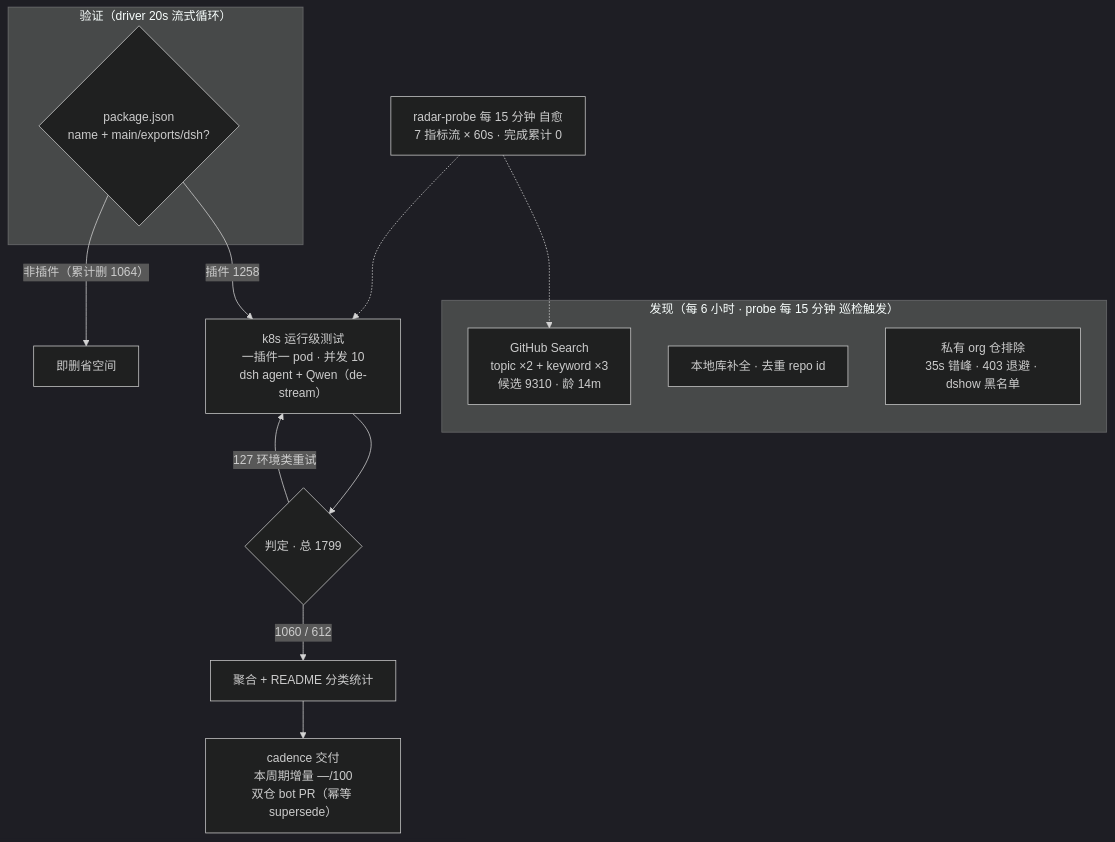
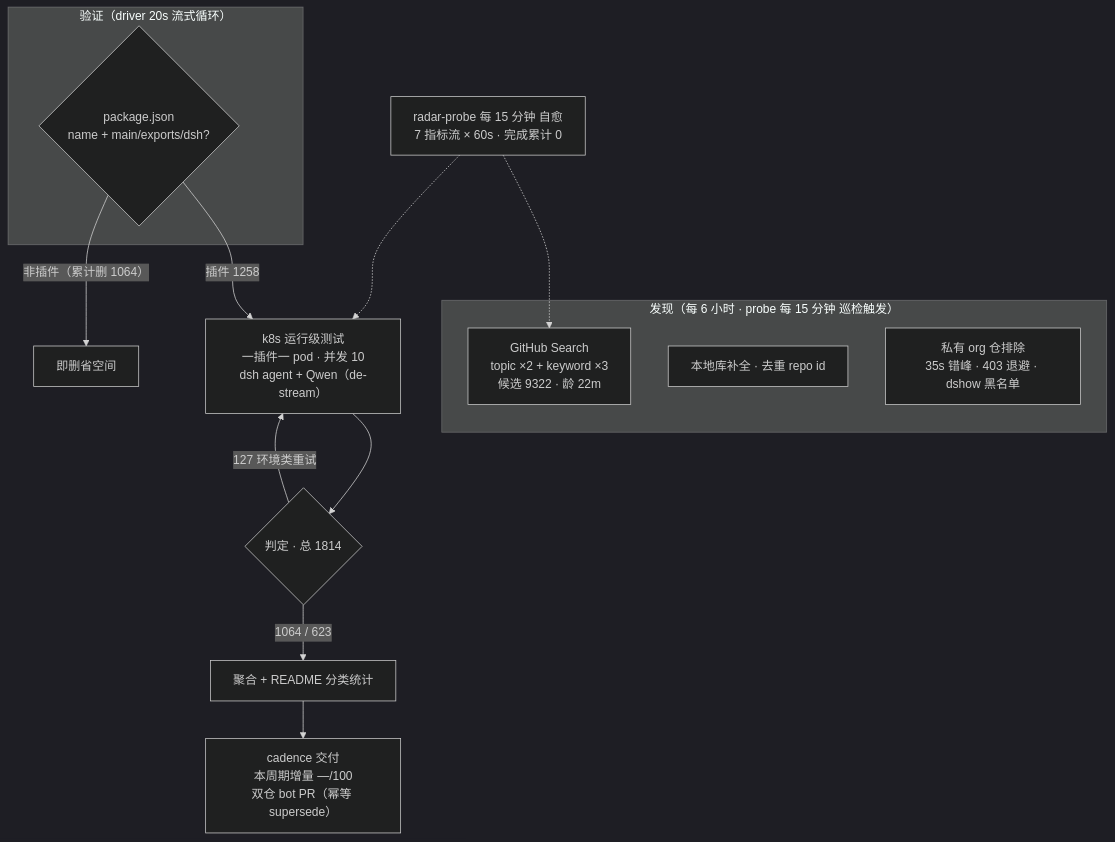
The diagram in README.md (Zhidao-Lab-OSS/awesome-dsh-plugins), drawn with Mermaid (dark theme) before and after one commit. The commit also changed other lines of this file and 1 other file, not shown here.

````diff
--- a/README.md
+++ b/README.md
@@ -37,19 +37,19 @@
 ```mermaid
 flowchart TB
     subgraph Discovery[" 发现（每 6 小时 · probe 每 15 分钟 巡检触发）"]
-        A1["GitHub Search<br/>topic ×2 + keyword ×3<br/>候选 9310 · 龄 14m"]
+        A1["GitHub Search<br/>topic ×2 + keyword ×3<br/>候选 9322 · 龄 22m"]
         A2["本地库补全 · 去重 repo id"]
         A3[" 私有 org 仓排除<br/>35s 错峰 · 403 退避 · dshow 黑名单"]
     end
     subgraph Validation[" 验证（driver 20s 流式循环）"]
         B1{"package.json<br/>name + main/exports/dsh?"}
     end
     B1 -->|"插件 1258"| C1["k8s 运行级测试<br/>一插件一 pod · 并发 10<br/>dsh agent + Qwen（de-stream）"]
     B1 -->|"非插件（累计删 1064）"| B3[" 即删省空间"]
-    C1 --> D1{"判定 · 总 1799"}
-    D1 -->|" 1060 /  612"| E1["聚合 + README 分类统计"]
+    C1 --> D1{"判定 · 总 1814"}
+    D1 -->|" 1064 /  623"| E1["聚合 + README 分类统计"]
     D1 -->|" 127 环境类重试"| C1
     E1 --> E2["cadence 交付<br/>本周期增量 —/100<br/>双仓 bot PR（幂等 supersede）"]
     M[" radar-probe 每 15 分钟 自愈<br/>7 指标流 × 60s · 完成累计 0"] -.-> A1
     M -.-> C1
 ```
````
